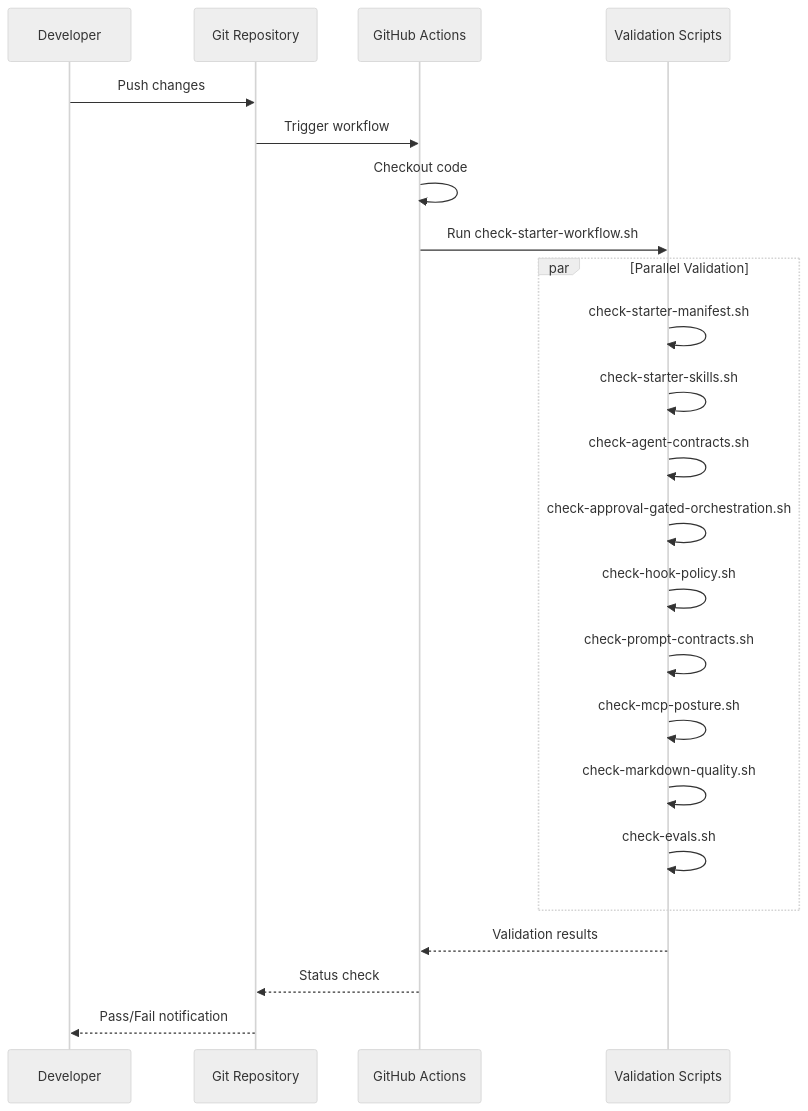
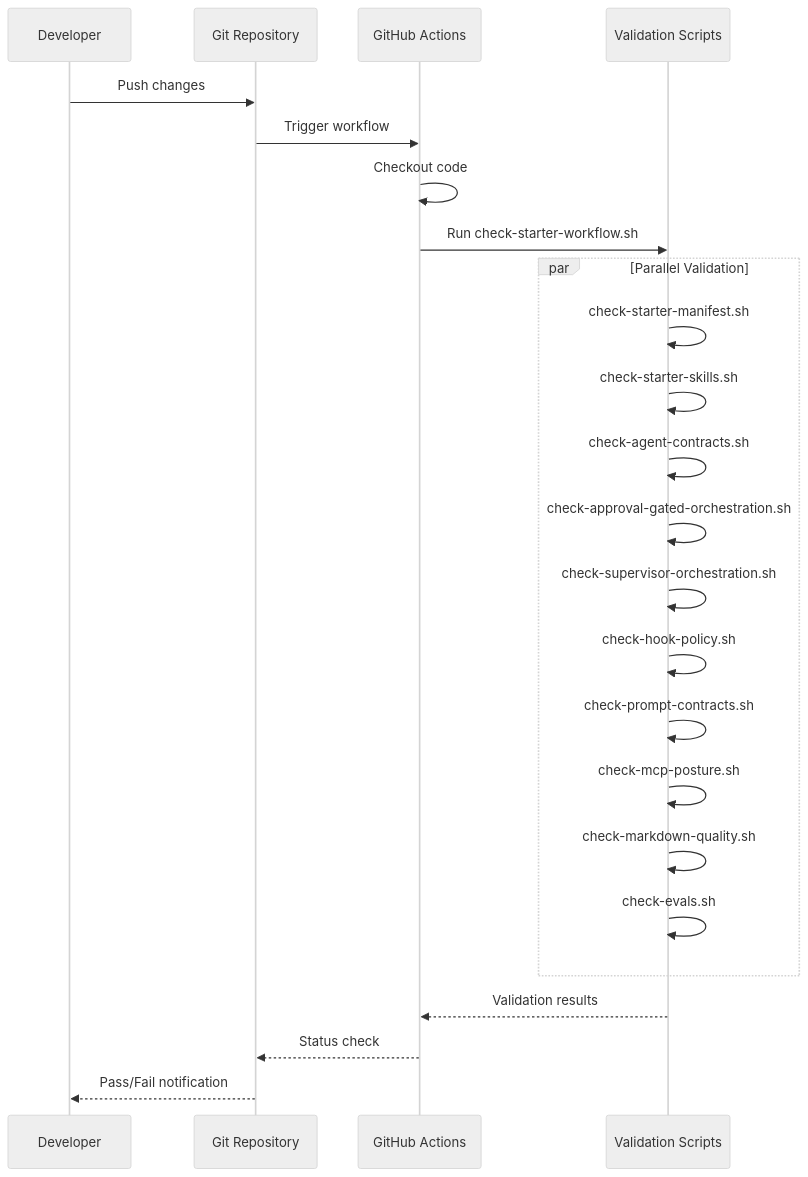
Before and after one commit to psyk01337/Agentic-Development-Starter: the third of 10 diagrams in docs/ARCHITECTURE.md, drawn with Mermaid (neutral theme). The commit also changed other lines of this file and 55 other files, not shown here.

````diff
--- a/docs/ARCHITECTURE.md
+++ b/docs/ARCHITECTURE.md
@@ -143,28 +149,29 @@
 ```mermaid
 sequenceDiagram
     participant Dev as Developer
     participant Git as Git Repository
     participant CI as GitHub Actions
     participant Val as Validation Scripts
 
     Dev->>Git: Push changes
     Git->>CI: Trigger workflow
     CI->>CI: Checkout code
     CI->>Val: Run check-starter-workflow.sh
 
     par Parallel Validation
         Val->>Val: check-starter-manifest.sh
         Val->>Val: check-starter-skills.sh
         Val->>Val: check-agent-contracts.sh
         Val->>Val: check-approval-gated-orchestration.sh
+        Val->>Val: check-supervisor-orchestration.sh
         Val->>Val: check-hook-policy.sh
         Val->>Val: check-prompt-contracts.sh
         Val->>Val: check-mcp-posture.sh
         Val->>Val: check-markdown-quality.sh
         Val->>Val: check-evals.sh
     end
 
     Val-->>CI: Validation results
     CI-->>Git: Status check
     Git-->>Dev: Pass/Fail notification
 ```
````
